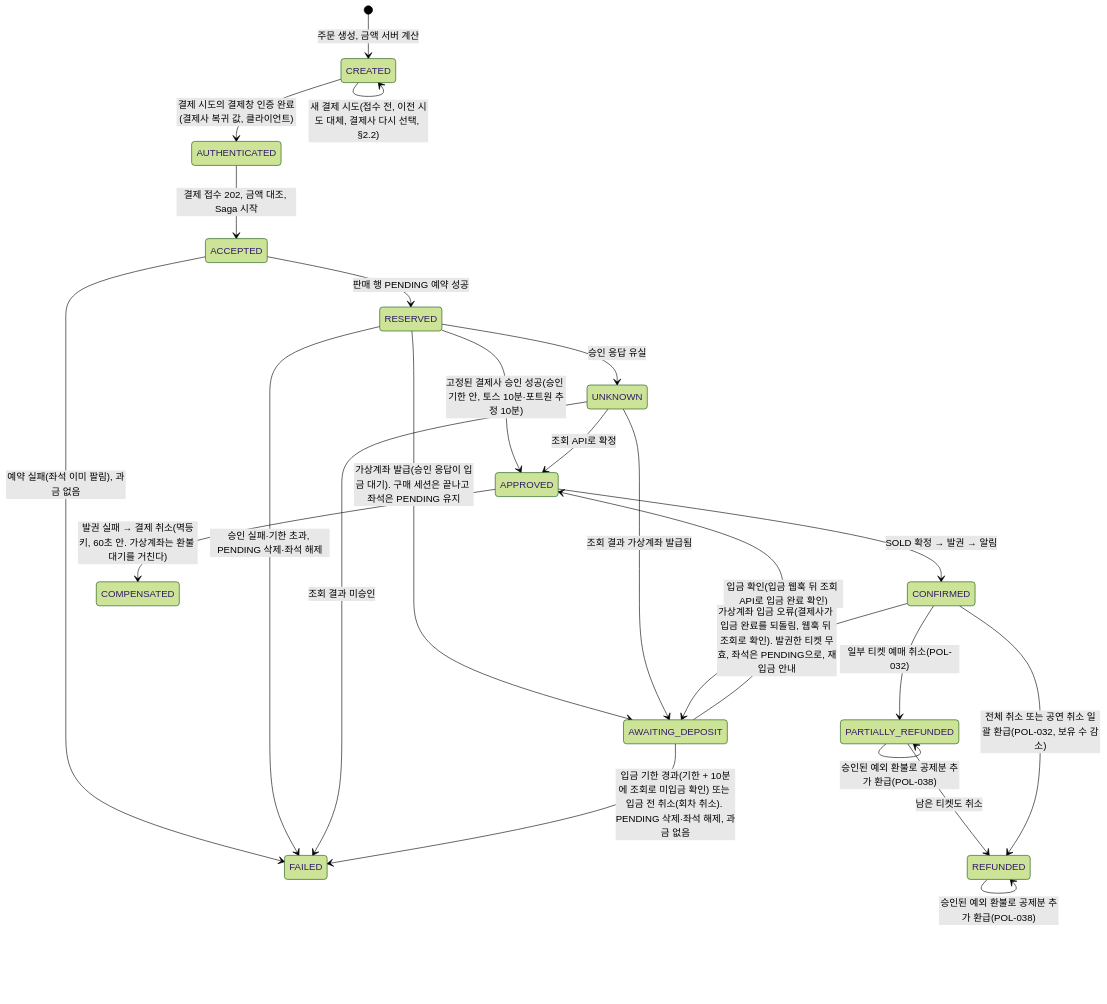
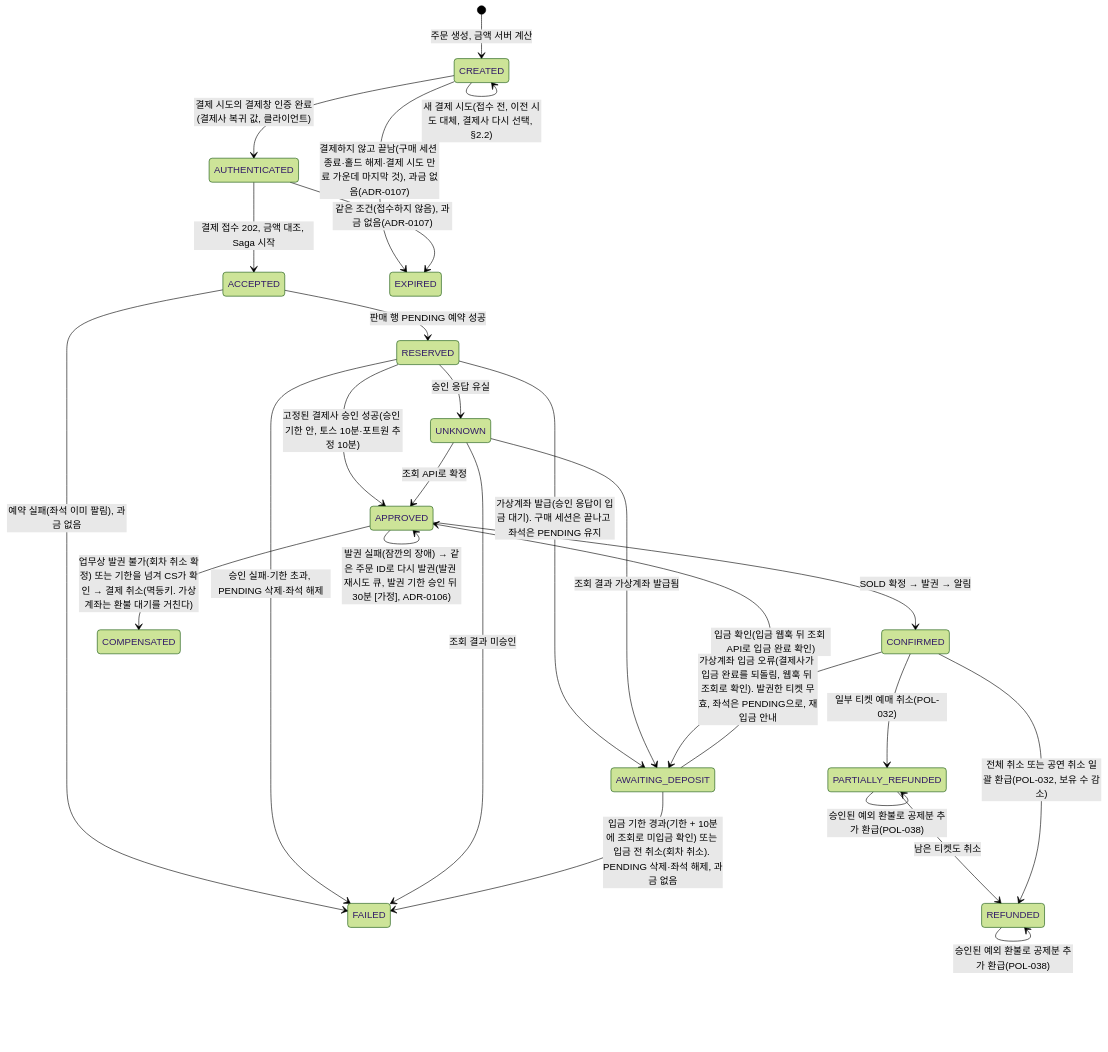
The second of 3 diagrams in docs/features/payment.md (peaket/peaket), drawn with Mermaid (forest theme) before and after one commit. The commit also changed other lines of this file and 228 other files, not shown here.

````diff
--- a/docs/features/payment.md
+++ b/docs/features/payment.md
@@ -149,26 +169,29 @@
 ```mermaid
 stateDiagram-v2
     [*] --> CREATED: 주문 생성, 금액 서버 계산
     CREATED --> CREATED: 새 결제 시도(접수 전, 이전 시도 대체, 결제사 다시 선택, §2.2)
     CREATED --> AUTHENTICATED: 결제 시도의 결제창 인증 완료(결제사 복귀 값, 클라이언트)
     AUTHENTICATED --> ACCEPTED: 결제 접수 202, 금액 대조, Saga 시작
+    CREATED --> EXPIRED: 결제하지 않고 끝남(구매 세션 종료·홀드 해제·결제 시도 만료 가운데 마지막 것), 과금 없음(ADR-0107)
+    AUTHENTICATED --> EXPIRED: 같은 조건(접수하지 않음), 과금 없음(ADR-0107)
     ACCEPTED --> RESERVED: 판매 행 PENDING 예약 성공
     ACCEPTED --> FAILED: 예약 실패(좌석 이미 팔림), 과금 없음
     RESERVED --> APPROVED: 고정된 결제사 승인 성공(승인 기한 안, 토스 10분·포트원 추정 10분)
     RESERVED --> AWAITING_DEPOSIT: 가상계좌 발급(승인 응답이 입금 대기). 구매 세션은 끝나고 좌석은 PENDING 유지
     RESERVED --> FAILED: 승인 실패·기한 초과, PENDING 삭제·좌석 해제
     RESERVED --> UNKNOWN: 승인 응답 유실
     UNKNOWN --> APPROVED: 조회 API로 확정
     UNKNOWN --> AWAITING_DEPOSIT: 조회 결과 가상계좌 발급됨
     UNKNOWN --> FAILED: 조회 결과 미승인
     AWAITING_DEPOSIT --> APPROVED: 입금 확인(입금 웹훅 뒤 조회 API로 입금 완료 확인)
     AWAITING_DEPOSIT --> FAILED: 입금 기한 경과(기한 + 10분에 조회로 미입금 확인) 또는 입금 전 취소(회차 취소). PENDING 삭제·좌석 해제, 과금 없음
     APPROVED --> CONFIRMED: SOLD 확정 → 발권 → 알림
-    APPROVED --> COMPENSATED: 발권 실패 → 결제 취소(멱등키, 60초 안. 가상계좌는 환불 대기를 거친다)
+    APPROVED --> APPROVED: 발권 실패(잠깐의 장애) → 같은 주문 ID로 다시 발권(발권 재시도 큐, 발권 기한 승인 뒤 30분 [가정], ADR-0106)
+    APPROVED --> COMPENSATED: 업무상 발권 불가(회차 취소 확정) 또는 기한을 넘겨 CS가 확인 → 결제 취소(멱등키. 가상계좌는 환불 대기를 거친다)
     CONFIRMED --> AWAITING_DEPOSIT: 가상계좌 입금 오류(결제사가 입금 완료를 되돌림, 웹훅 뒤 조회로 확인). 발권한 티켓 무효, 좌석은 PENDING으로, 재입금 안내
     CONFIRMED --> PARTIALLY_REFUNDED: 일부 티켓 예매 취소(POL-032)
     PARTIALLY_REFUNDED --> REFUNDED: 남은 티켓도 취소
     CONFIRMED --> REFUNDED: 전체 취소 또는 공연 취소 일괄 환급(POL-032, 보유 수 감소)
     PARTIALLY_REFUNDED --> PARTIALLY_REFUNDED: 승인된 예외 환불로 공제분 추가 환급(POL-038)
     REFUNDED --> REFUNDED: 승인된 예외 환불로 공제분 추가 환급(POL-038)
 ```
````
